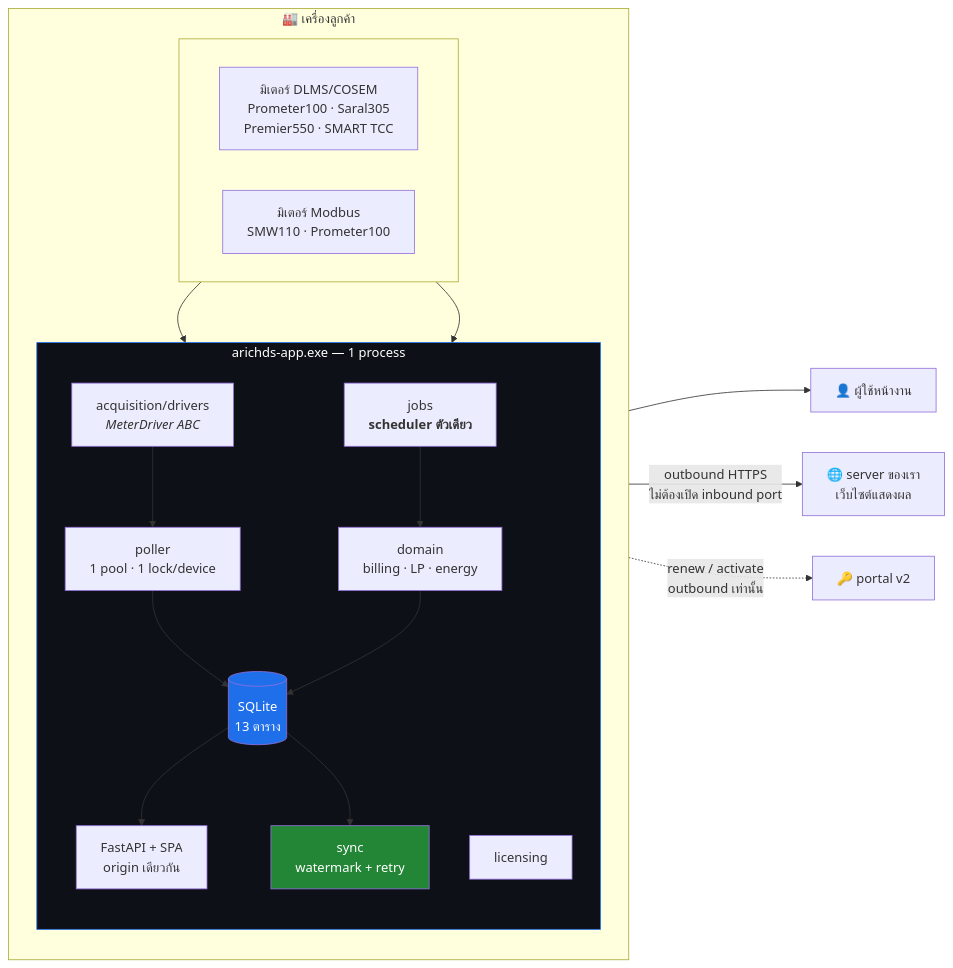
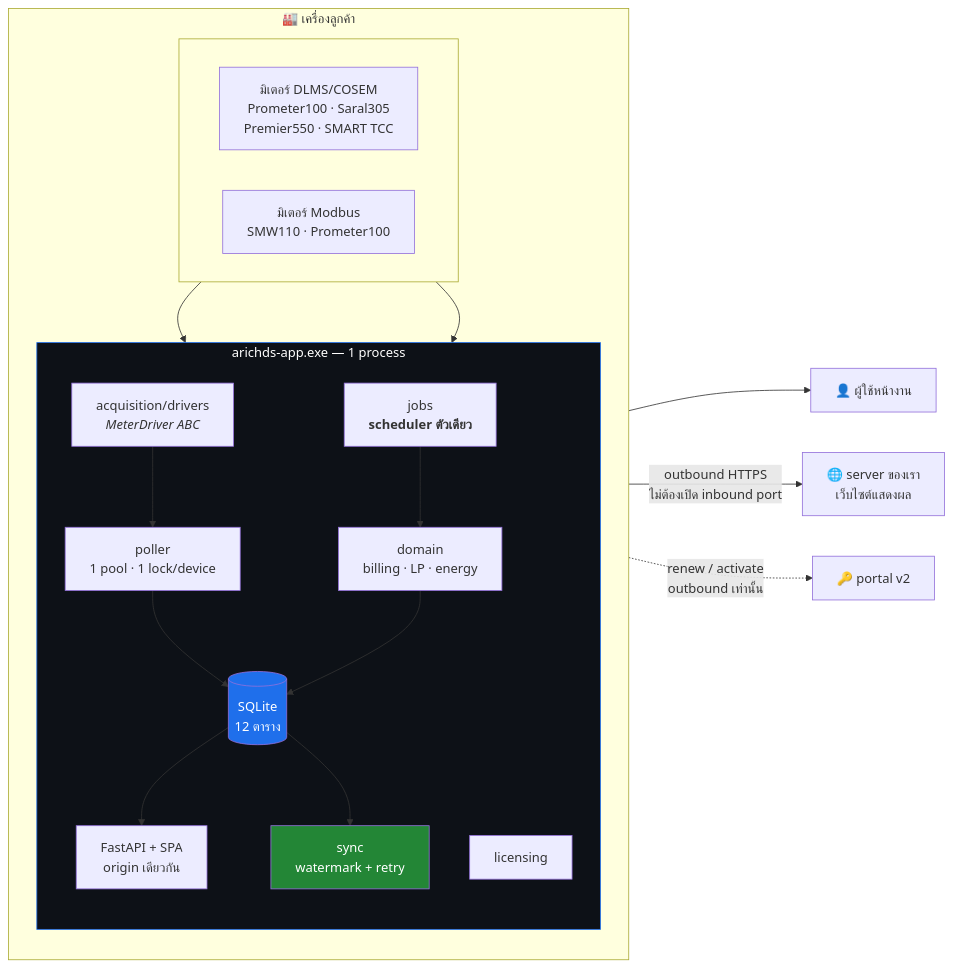
One commit to sunchanin/arichds-application-v2 changed the third of 4 diagrams in docs/REMAKE-PLAN.md. Above: the diagram before and after it, drawn with Mermaid. The commit also changed other lines of this file and 2 other files, not shown here.

Commit message:
docs: ADR 0008 - the load-profile watermark is the data, not a job record
M5 grilling, owner decision. v1 keeps a read-job table whose read_end looks
like a watermark and is not one: its own calculate_read_window docstring records
that after the meter-local timezone fix, completed jobs over-reported coverage by
7 h, the watermark advanced past rows that were never stored, and the gap was
permanent. v1 fixed it by reading MAX(read_at) off the data and kept the table.
v2 takes the fix and declines the table.

The 7 h is the same UTC+7 the SMW110W4 probes confirmed on both live units today,
so this is the meter-local clock and it will be back.

Manual Read now stays synchronous under the Transport Endpoint lock - ADR 0006
already gives it priority, so a queue would add a state machine to replace a lock.
Accepted cost: no read history. If it is wanted later it must be added as history
only, with no column a scheduler could mistake for a watermark.

Data model drops from 13 tables to 12; SPEC and REMAKE-PLAN updated to match.

````diff
--- a/docs/REMAKE-PLAN.md
+++ b/docs/REMAKE-PLAN.md
@@ -96,37 +96,37 @@
 ```mermaid
 flowchart LR
     subgraph SITE["🏭 เครื่องลูกค้า"]
         direction TB
         subgraph METERS[" "]
             direction LR
             MD["มิเตอร์ DLMS/COSEM<br/>Prometer100 · Saral305<br/>Premier550 · SMART TCC"]
             MM["มิเตอร์ Modbus<br/>SMW110 · Prometer100"]
         end
         subgraph APP["arichds-app.exe — 1 process"]
             direction TB
             DRV["acquisition/drivers<br/><i>MeterDriver ABC</i>"]
             POLL["poller<br/>1 pool · 1 lock/device"]
             JOBS["jobs<br/><b>scheduler ตัวเดียว</b>"]
             DOM["domain<br/>billing · LP · energy"]
-            DB[("SQLite<br/>13 ตาราง")]
+            DB[("SQLite<br/>12 ตาราง")]
             SYNC["sync<br/>watermark + retry"]
             API["FastAPI + SPA<br/>origin เดียวกัน"]
             LIC["licensing"]
         end
     end
     SRV["🌐 server ของเรา<br/>เว็บไซต์แสดงผล"]
     PRT["🔑 portal v2"]
     USR["👤 ผู้ใช้หน้างาน"]
 
     MD --> DRV
     MM --> DRV
     DRV --> POLL --> DB
     JOBS --> DOM --> DB
     DB --> API --> USR
     DB --> SYNC -- "outbound HTTPS<br/>ไม่ต้องเปิด inbound port" --> SRV
     LIC -. "renew / activate<br/>outbound เท่านั้น" .-> PRT
 
     style APP fill:#0d1117,stroke:#1f6feb,color:#fff
     style DB fill:#1f6feb,color:#fff
     style SYNC fill:#238636,color:#fff
 ```
````
